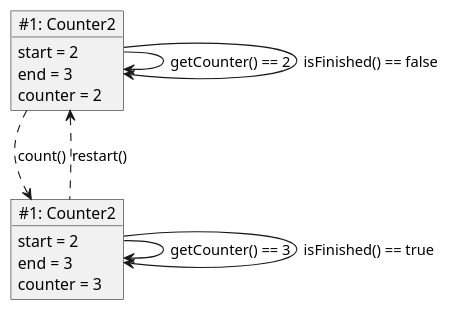
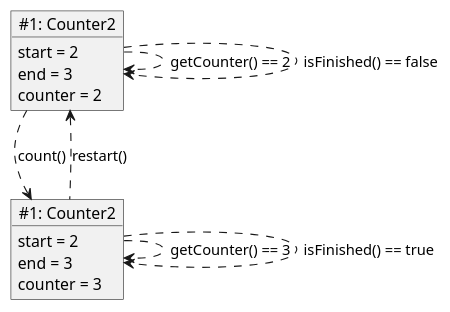
Before and after one commit to hallvard/java-eksempler: the diagram in src/stateandbehavior/counter/Counter2-object-states.plantuml, drawn with PlantUML. The commit also changed 3 other files, not shown here.

```diff
--- a/src/stateandbehavior/counter/Counter2-object-states.plantuml
+++ b/src/stateandbehavior/counter/Counter2-object-states.plantuml
@@ -1,20 +1,20 @@
 @startuml
 object "~#1: Counter2" as counter1 {
 	start = 2
 	end = 3
 	counter = 2
 }
-counter1 -> counter1: getCounter() == 2
-counter1 -> counter1: isFinished() == false
+counter1 ..> counter1: getCounter() == 2
+counter1 ..> counter1: isFinished() == false
 
 object "~#1: Counter2" as counter2 {
 	start = 2
 	end = 3
 	counter = 3
 }
 counter1 ..d> counter2: count()
-counter2 -> counter2: getCounter() == 3
-counter2 -> counter2: isFinished() == true
+counter2 ..> counter2: getCounter() == 3
+counter2 ..> counter2: isFinished() == true
 
 counter2 ..u> counter1: restart()
 @enduml
```
